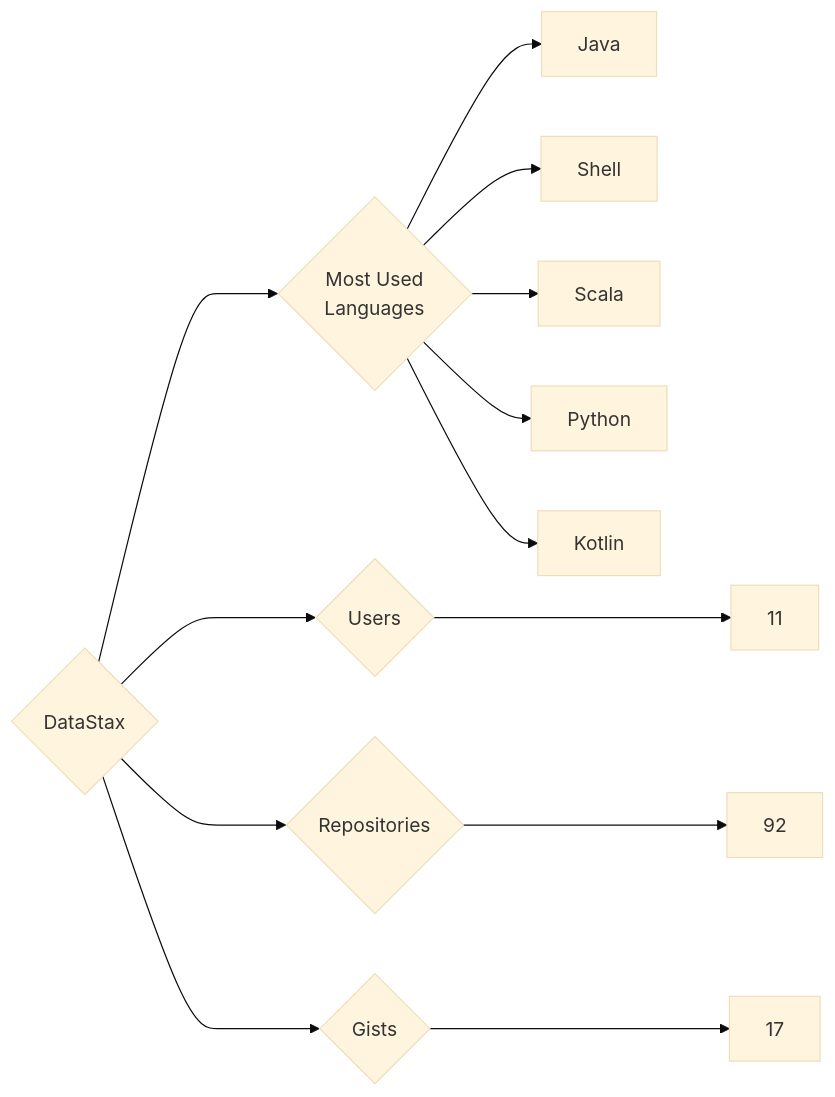
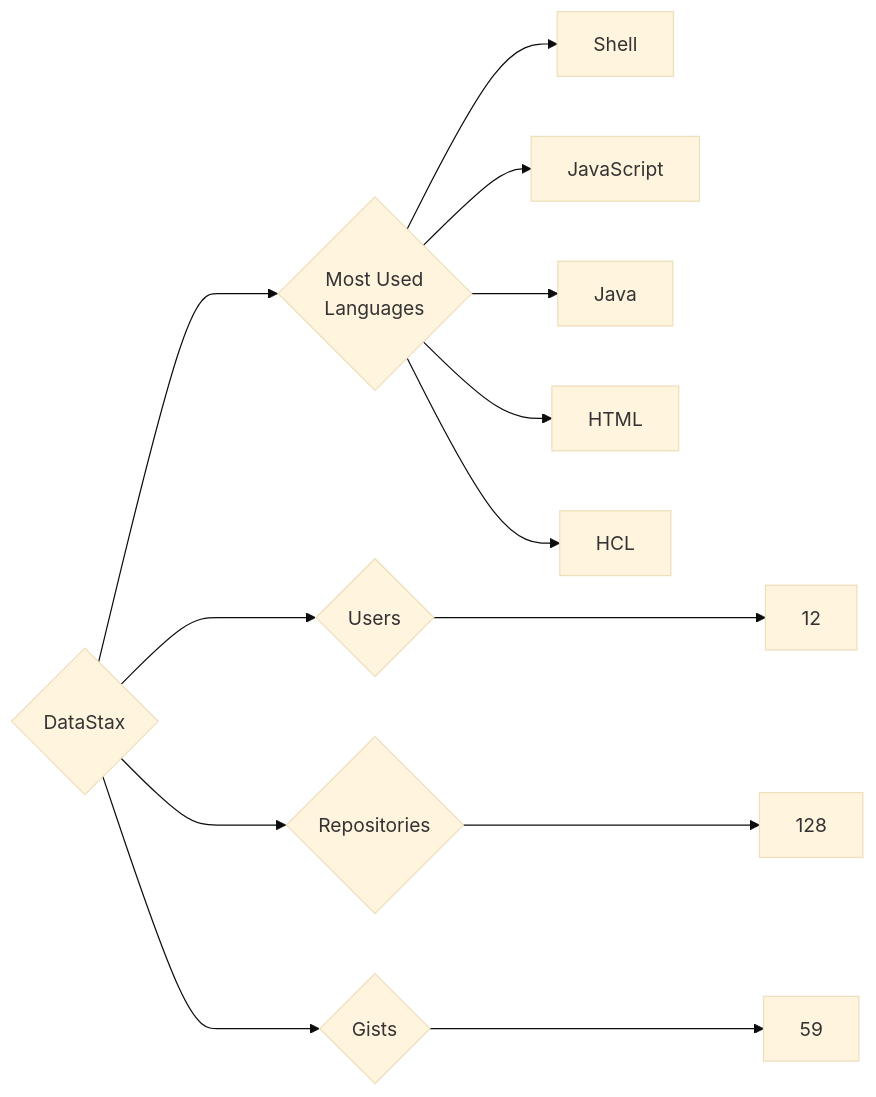
One commit to trickest/insiders changed the diagram in targets/DataStax/README.md. Above: the diagram before and after it, drawn with Mermaid (base theme). The commit also changed 1166 other files, not shown here.

````diff
--- a/targets/DataStax/README.md
+++ b/targets/DataStax/README.md
@@ -3,13 +3,13 @@
 ```mermaid
 graph LR
 COMPANY_NAME{DataStax}
-COMPANY_NAME ---> U{Users} ---> UN[11]
-COMPANY_NAME ---> R{Repositories} ---> RN[92]
-COMPANY_NAME ---> G{Gists} ---> GN[17]
+COMPANY_NAME ---> U{Users} ---> UN[12]
+COMPANY_NAME ---> R{Repositories} ---> RN[128]
+COMPANY_NAME ---> G{Gists} ---> GN[59]
 COMPANY_NAME ---> ML{Most Used<br>Languages}
+ML --> Shell[Shell]
+ML --> JavaScript[JavaScript]
 ML --> Java[Java]
-ML --> Shell[Shell]
-ML --> Scala[Scala]
-ML --> Python[Python]
-ML --> Kotlin[Kotlin]
+ML --> HTML[HTML]
+ML --> HCL[HCL]
 ```
````
